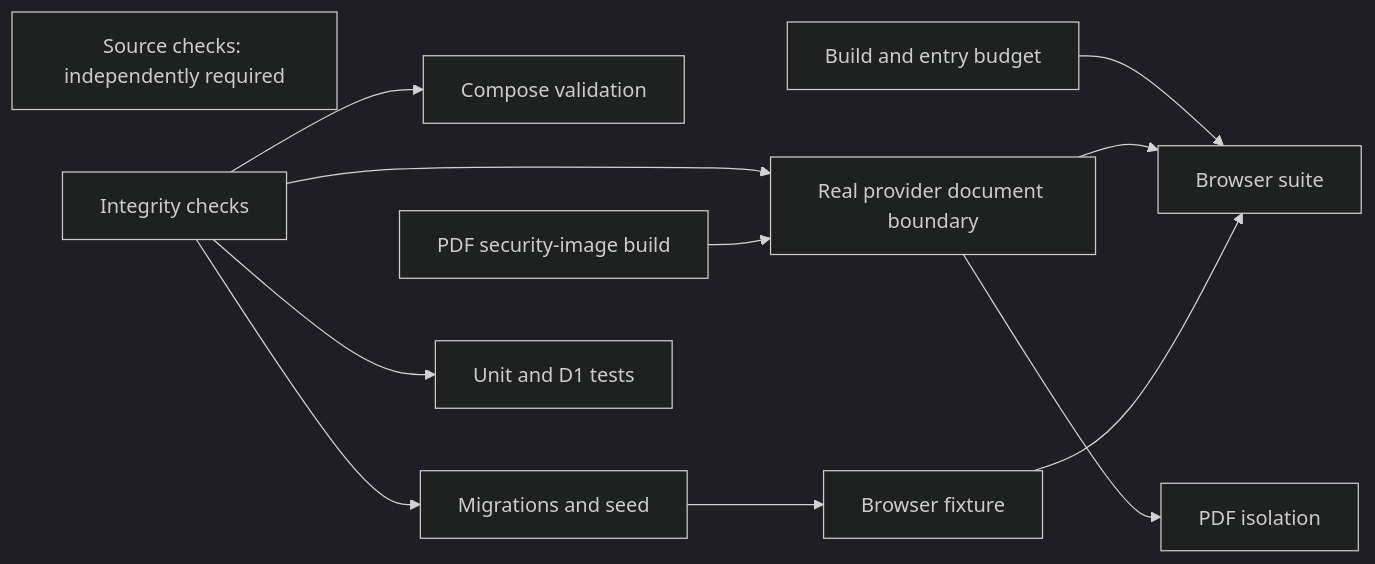
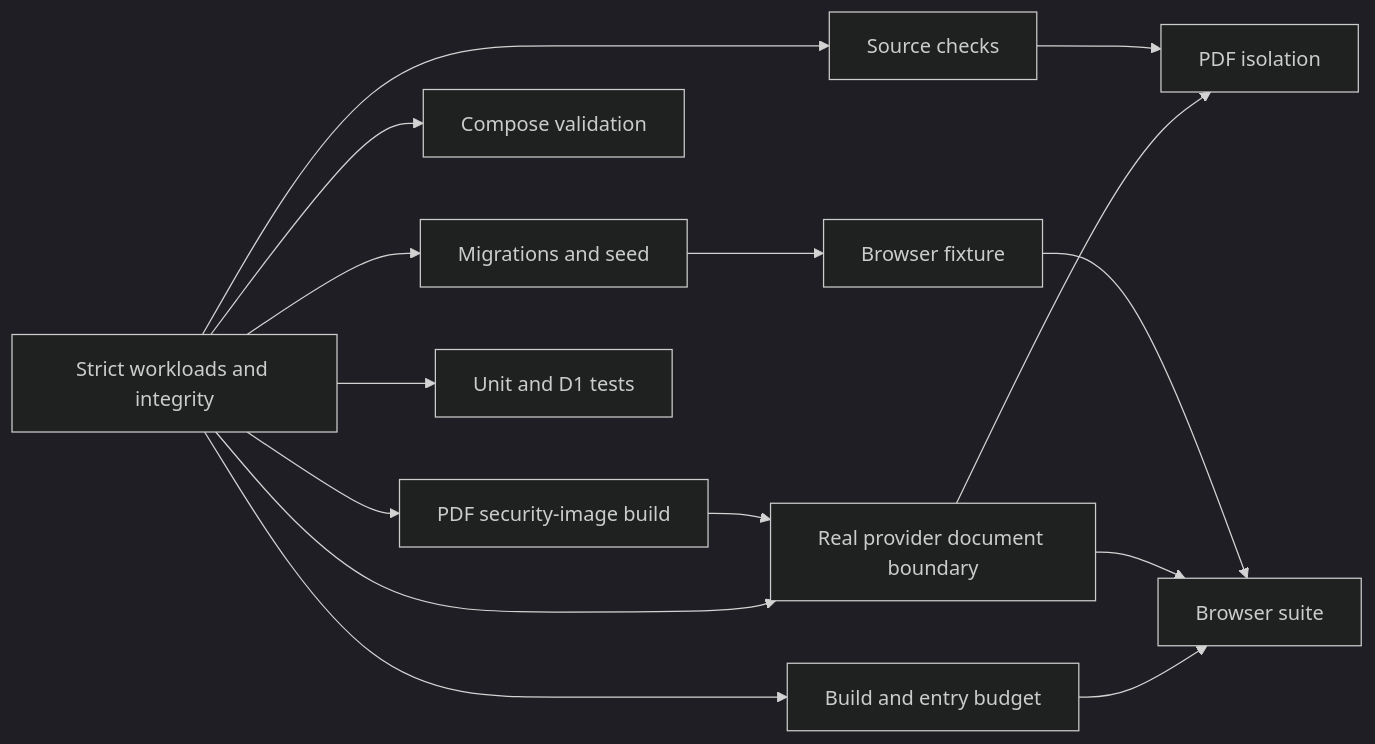
The diagram in docs/engineering/ci-performance.md (cyyapye/keel-fi), drawn with Mermaid (dark theme) before and after one commit. The commit also changed other lines of this file and 788 other files, not shown here.

````diff
--- a/docs/engineering/ci-performance.md
+++ b/docs/engineering/ci-performance.md
@@ -100,15 +262,17 @@
 ```mermaid
 flowchart LR
-  source[Source checks: independently required]
-  build[Build and entry budget]
-  integrity[Integrity checks] --> compose[Compose validation]
+  integrity[Strict workloads and integrity] --> source[Source checks]
+  integrity --> build[Build and entry budget]
+  integrity --> pdfBuild[PDF security-image build]
+  integrity --> compose[Compose validation]
   integrity --> migrations[Migrations and seed]
   integrity --> provider[Real provider document boundary]
-  pdfBuild[PDF security-image build] --> provider
+  pdfBuild --> provider
   provider --> pdf[PDF isolation]
   integrity --> unit[Unit and D1 tests]
+  source --> pdf
   migrations --> browserFixture[Browser fixture]
   build --> browser[Browser suite]
   provider --> browser
   browserFixture --> browser
 ```
````
